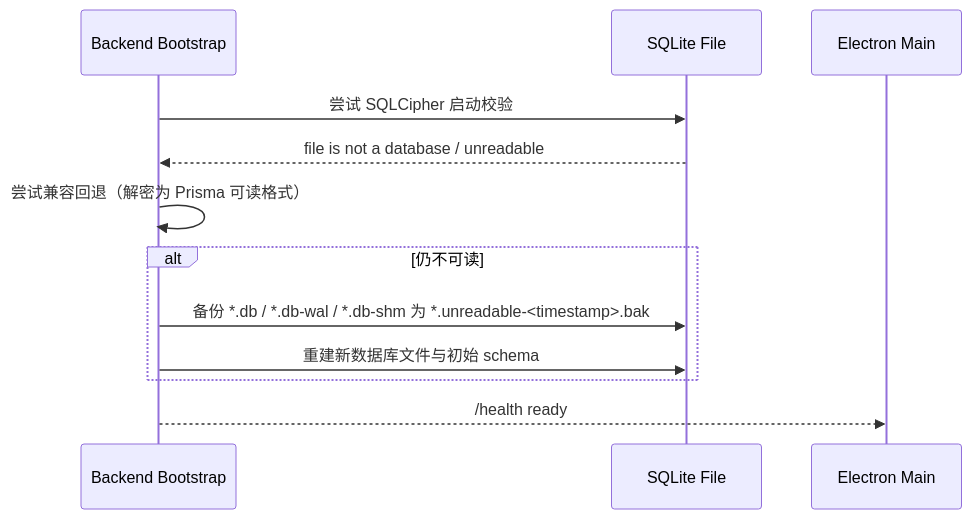
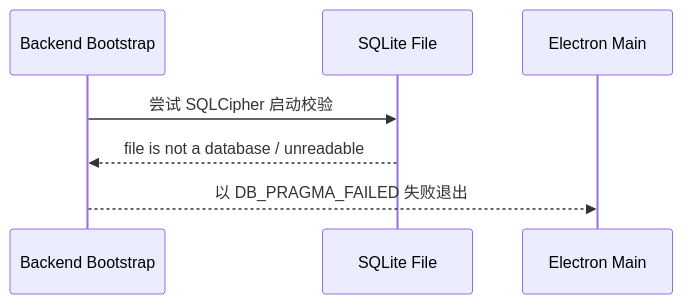
One commit to agoudbg/Cosmosh changed the ninth of 9 diagrams in docs/zh-CN/developer/core/architecture.md. Above: the diagram before and after it, drawn with Mermaid. The commit also changed other lines of this file and 4 other files, not shown here.

````diff
--- a/docs/zh-CN/developer/core/architecture.md
+++ b/docs/zh-CN/developer/core/architecture.md
@@ -242,15 +242,10 @@
 ```mermaid
 sequenceDiagram
   participant BE as Backend Bootstrap
   participant DB as SQLite File
   participant MAIN as Electron Main
 
   BE->>DB: 尝试 SQLCipher 启动校验
   DB-->>BE: file is not a database / unreadable
-  BE->>BE: 尝试兼容回退（解密为 Prisma 可读格式）
-  alt 仍不可读
-    BE->>DB: 备份 *.db / *.db-wal / *.db-shm 为 *.unreadable-<timestamp>.bak
-    BE->>DB: 重建新数据库文件与初始 schema
-  end
-  BE-->>MAIN: /health ready
+  BE-->>MAIN: 以 DB_PRAGMA_FAILED 失败退出
 ```
````
